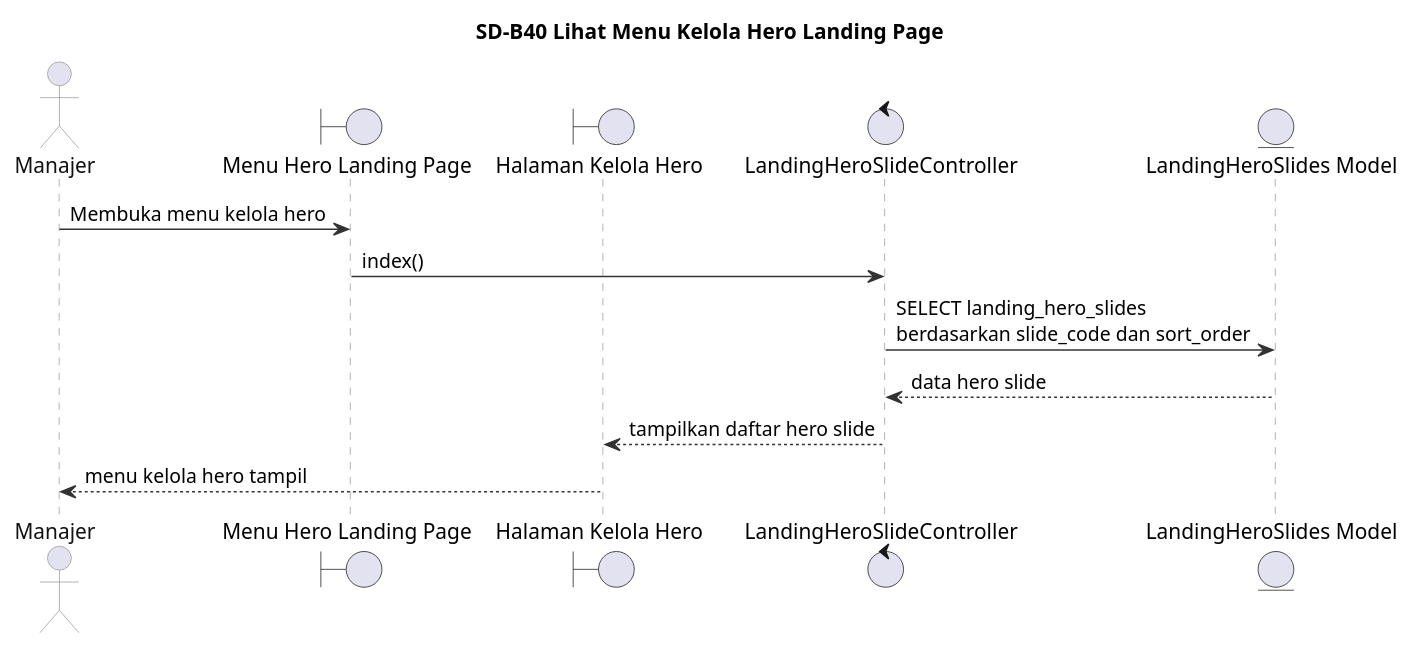
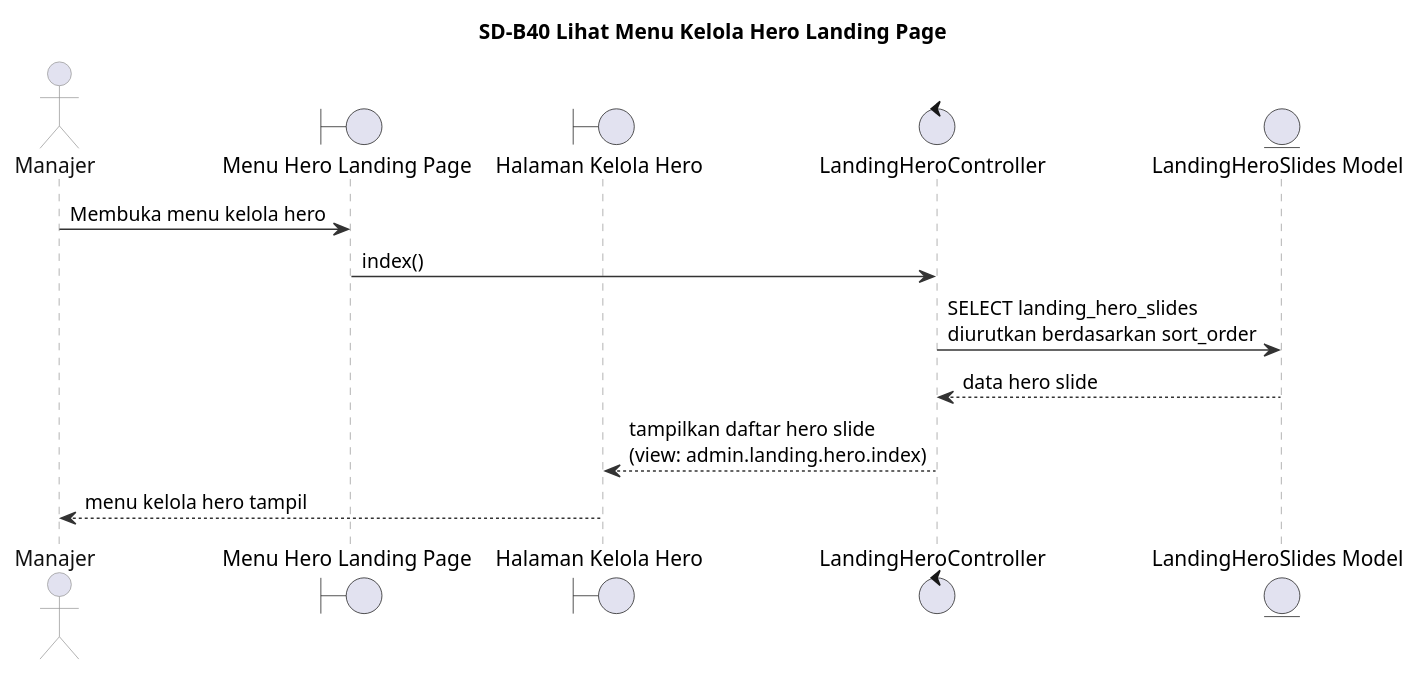
Before and after one commit to Fajrinputra/alterstudio-ta: the diagram in sequence/SD-B40.puml, drawn with PlantUML. The commit also changed 8 other files, not shown here.

```diff
--- a/sequence/SD-B40.puml
+++ b/sequence/SD-B40.puml
@@ -1,31 +1,33 @@
 @startuml
 title SD-B40 Lihat Menu Kelola Hero Landing Page
 
 skinparam backgroundColor white
 skinparam shadowing false
 skinparam BoxPadding 4
 skinparam sequence {
     ArrowColor #333333
     LifeLineBorderColor #999999
     LifeLineBackgroundColor white
     ParticipantBorderColor #999999
     ParticipantBackgroundColor #ECEEF8
     ParticipantFontColor #111111
     ActorBorderColor #999999
     ActorFontColor #111111
+    GroupBorderColor #111111
+    GroupBackgroundColor transparent
 }
 
 actor "Manajer" as Manajer
 boundary "Menu Hero Landing Page" as MenuHero
 boundary "Halaman Kelola Hero" as HalamanHero
-control "LandingHeroSlideController" as LandingHeroController
+control "LandingHeroController" as LandingHeroController
 entity "LandingHeroSlides Model" as LandingHeroSlide
 
 Manajer -> MenuHero : Membuka menu kelola hero
 MenuHero -> LandingHeroController : index()
-LandingHeroController -> LandingHeroSlide : SELECT landing_hero_slides\nberdasarkan slide_code dan sort_order
+LandingHeroController -> LandingHeroSlide : SELECT landing_hero_slides\ndiurutkan berdasarkan sort_order
 LandingHeroSlide --> LandingHeroController : data hero slide
-LandingHeroController --> HalamanHero : tampilkan daftar hero slide
+LandingHeroController --> HalamanHero : tampilkan daftar hero slide\n(view: admin.landing.hero.index)
 HalamanHero --> Manajer : menu kelola hero tampil
 
 @enduml
```
